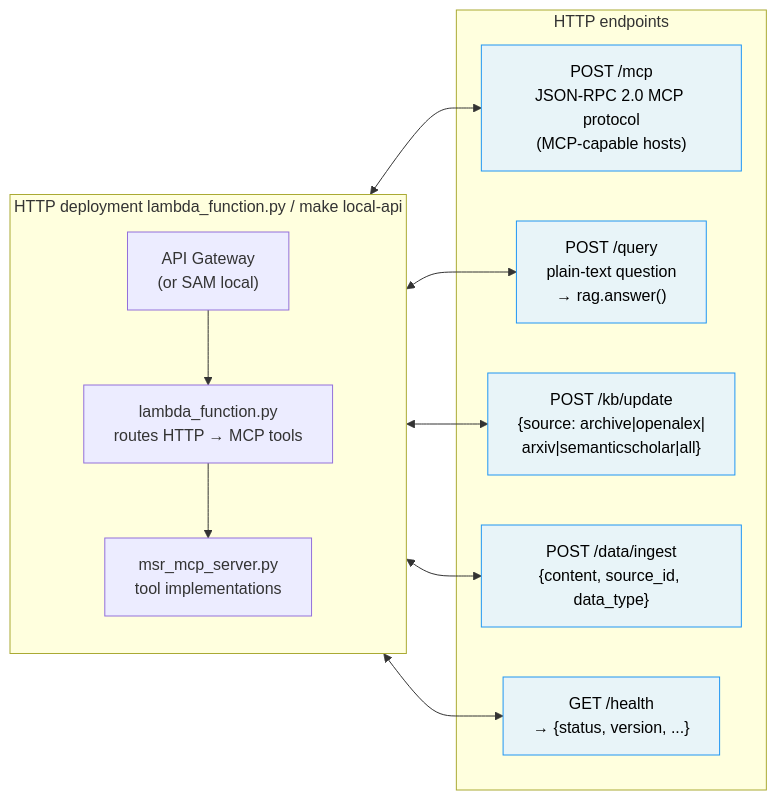
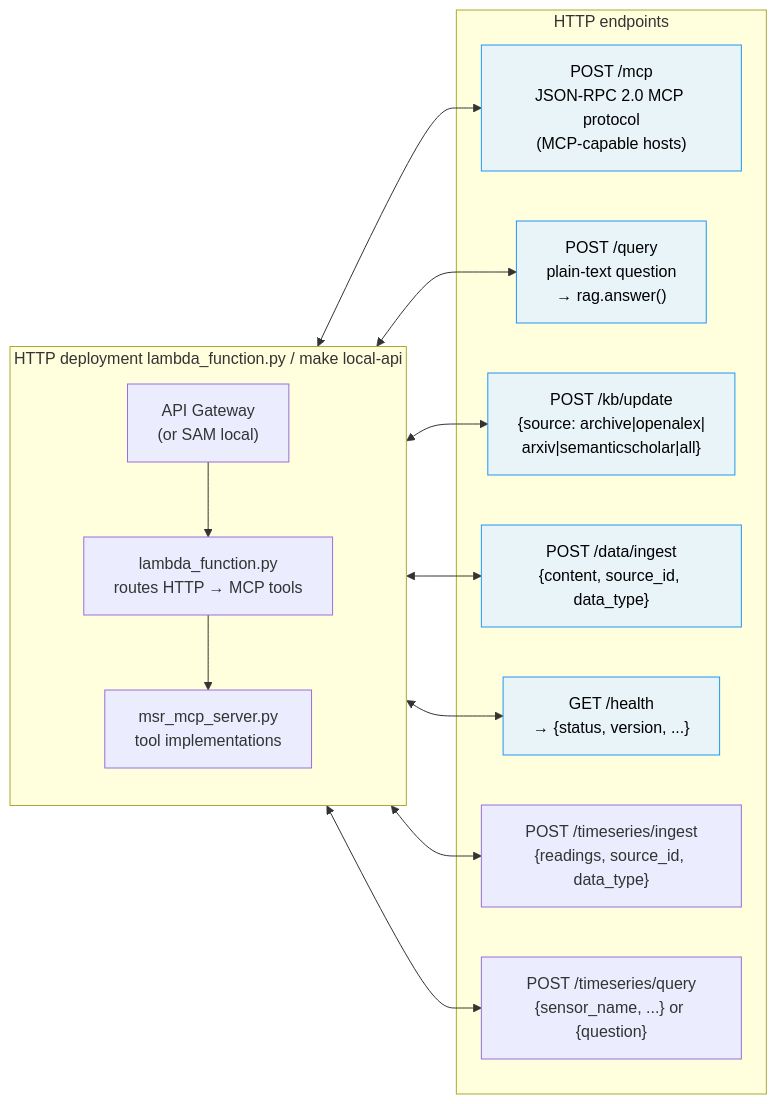
The fifth of 5 diagrams in docs/architecture/03_mcp_server.md (pranavkantgaur/msr_data_layer), drawn with Mermaid before and after one commit. The commit also changed other lines of this file and 6 other files, not shown here.

First line of the commit message:
docs: update architecture docs for timeseries layer (00_end_to_end, 02_kb_sources, 03_mcp_server, .ai/)

````diff
--- a/docs/architecture/03_mcp_server.md
+++ b/docs/architecture/03_mcp_server.md
@@ -133,23 +158,25 @@
 ```mermaid
 flowchart LR
     subgraph HTTP["HTTP deployment  lambda_function.py / make local-api"]
         direction TB
         APIGW["API Gateway\n(or SAM local)"]
         LF["lambda_function.py\nroutes HTTP → MCP tools"]
         SRV["msr_mcp_server.py\ntool implementations"]
         APIGW --> LF --> SRV
     end
 
     subgraph ROUTES["HTTP endpoints"]
         R1["POST /mcp\nJSON-RPC 2.0 MCP protocol\n(MCP-capable hosts)"]
         R2["POST /query\nplain-text question\n→ rag.answer()"]
         R3["POST /kb/update\n{source: archive|openalex|\narxiv|semanticscholar|all}"]
         R4["POST /data/ingest\n{content, source_id, data_type}"]
         R5["GET  /health\n→ {status, version, ...}"]
+        R6["POST /timeseries/ingest\n{readings, source_id, data_type}"]
+        R7["POST /timeseries/query\n{sensor_name, ...} or {question}"]
     end
 
-    APIGW <--> R1 & R2 & R3 & R4 & R5
+    APIGW <--> R1 & R2 & R3 & R4 & R5 & R6 & R7
 
     classDef route fill:#e8f4f8,stroke:#2196f3,color:#000
     class R1,R2,R3,R4,R5 route
 ```
````
